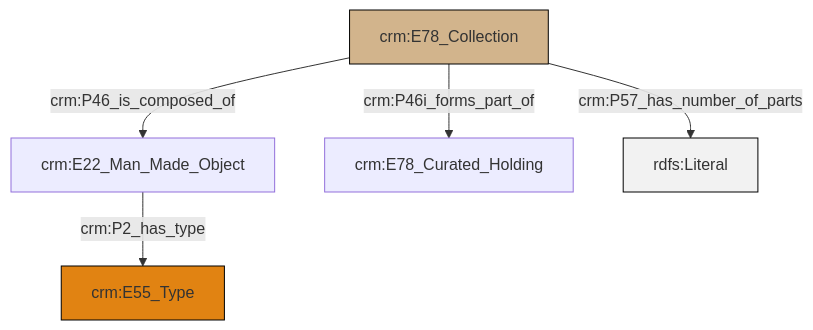
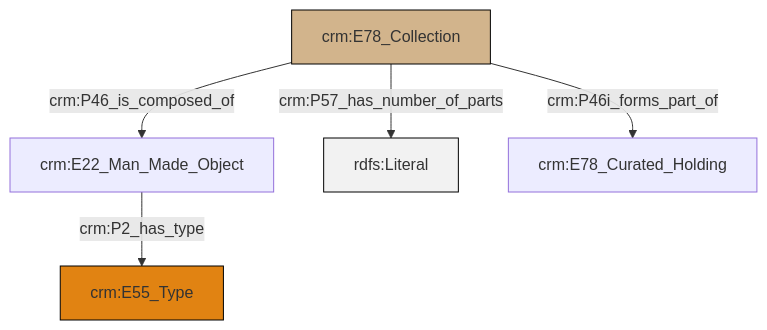
Before and after one commit to swiss-art-research-net/docs.swissartresearch: the diagram in et/archivalCSV/ttl/mmd/archival_parthood.ttl.mmd, drawn with Mermaid. The commit also changed 174 other files, not shown here.

```diff
--- a/et/archivalCSV/ttl/mmd/archival_parthood.ttl.mmd
+++ b/et/archivalCSV/ttl/mmd/archival_parthood.ttl.mmd
@@ -1,19 +1,19 @@
 graph TD
 classDef Literal fill:#f2f2f2,stroke:#000000;
 classDef CRM_Entity fill:#FFFFFF,stroke:#000000;
 classDef Temporal_Entity fill:#00C9E6, stroke:#000000;
 classDef Type fill:#E18312, stroke:#000000;
 classDef Time-Span fill:#2C9C91, stroke:#000000;
 classDef Appellation fill:#FFEB7F, stroke:#000000;
 classDef Place fill:#008836, stroke:#000000;
 classDef Persistent_Item fill:#B266B2, stroke:#000000;
 classDef Conceptual_Object fill:#FFD700, stroke:#000000;
 classDef Physical_Thing fill:#D2B48C, stroke:#000000;
 classDef Actor fill:#f58aad, stroke:#000000;
 classDef PC_Classes fill:#4ce600, stroke:#000000;
 classDef Multi fill:#cccccc,stroke:#000000;
 
-0["crm:E22_Man_Made_Object"]:::Default -->|crm:P2_has_type| 1["crm:E55_Type"]:::Type
-2["crm:E78_Collection"]:::Physical_Thing -->|crm:P46_is_composed_of| 0["crm:E22_Man_Made_Object"]:::Default
-2["crm:E78_Collection"]:::Physical_Thing -->|crm:P57_has_number_of_parts| 7[rdfs:Literal]:::Literal
-2["crm:E78_Collection"]:::Physical_Thing -->|crm:P46i_forms_part_of| 4["crm:E78_Curated_Holding"]:::Default
+2["crm:E22_Man_Made_Object"]:::Default -->|crm:P2_has_type| 4["crm:E55_Type"]:::Type
+0["crm:E78_Collection"]:::Physical_Thing -->|crm:P57_has_number_of_parts| 6[rdfs:Literal]:::Literal
+0["crm:E78_Collection"]:::Physical_Thing -->|crm:P46i_forms_part_of| 7["crm:E78_Curated_Holding"]:::Default
+0["crm:E78_Collection"]:::Physical_Thing -->|crm:P46_is_composed_of| 2["crm:E22_Man_Made_Object"]:::Default
```
